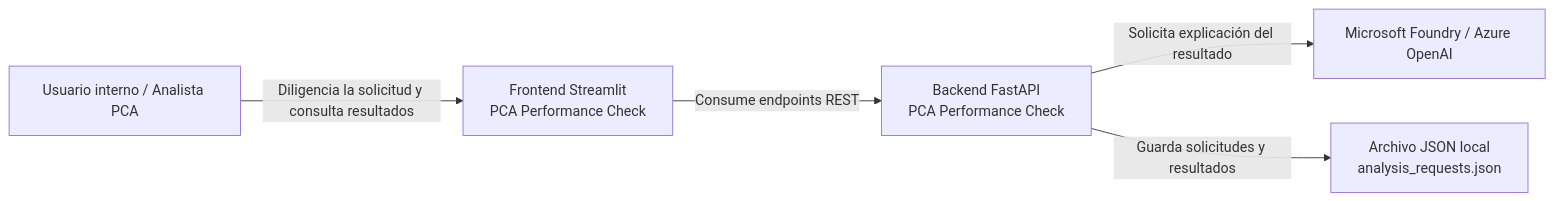
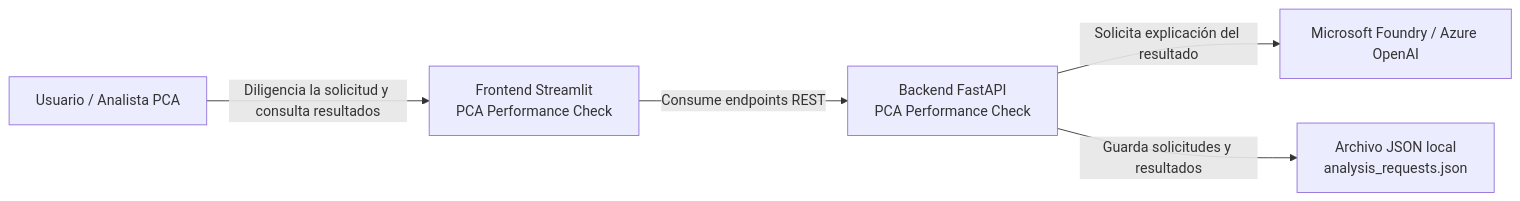
One commit to Pipeserna2828/pca-performance-check changed the diagram in docs/architecture/01-c4-contexto.md. Above: the diagram before and after it, drawn with Mermaid. The commit also changed other lines of this file and 10 other files, not shown here.

````diff
--- a/docs/architecture/01-c4-contexto.md
+++ b/docs/architecture/01-c4-contexto.md
@@ -7,13 +7,13 @@
 ```mermaid
 flowchart LR
-    usuario["Usuario interno / Analista PCA"]
+    usuario["Usuario / Analista PCA"]
     frontend["Frontend Streamlit<br/>PCA Performance Check"]
     backend["Backend FastAPI<br/>PCA Performance Check"]
     foundry["Microsoft Foundry / Azure OpenAI"]
     jsonrepo["Archivo JSON local<br/>analysis_requests.json"]
 
     usuario -->|"Diligencia la solicitud y consulta resultados"| frontend
     frontend -->|"Consume endpoints REST"| backend
     backend -->|"Solicita explicación del resultado"| foundry
     backend -->|"Guarda solicitudes y resultados"| jsonrepo
 ```
````
